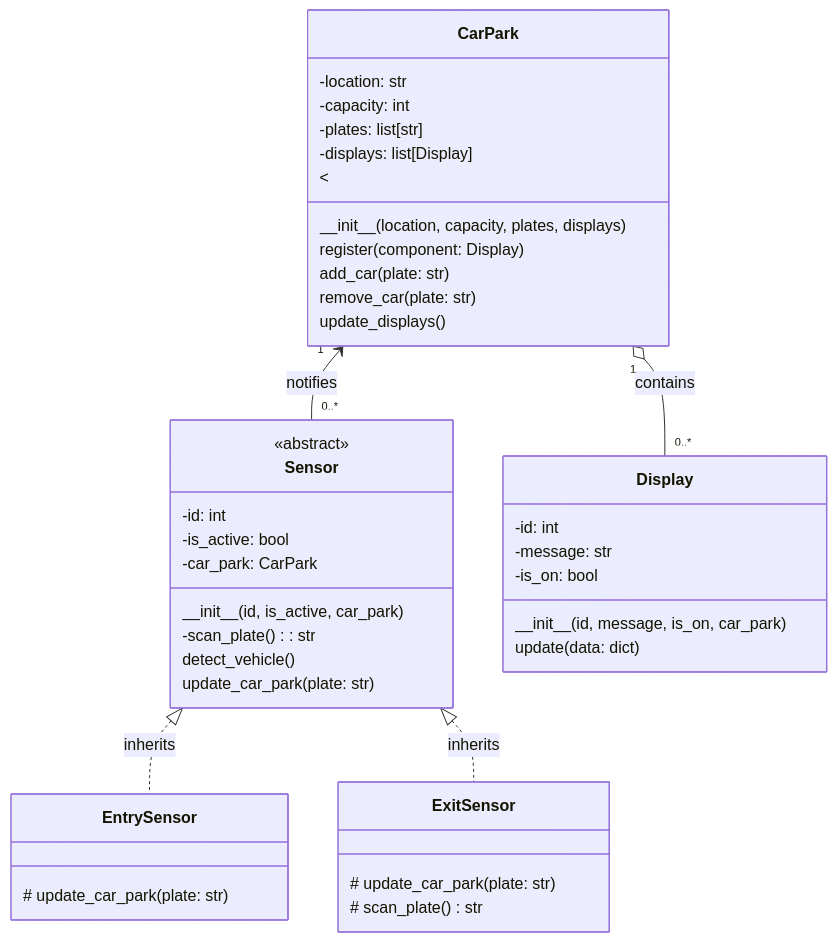
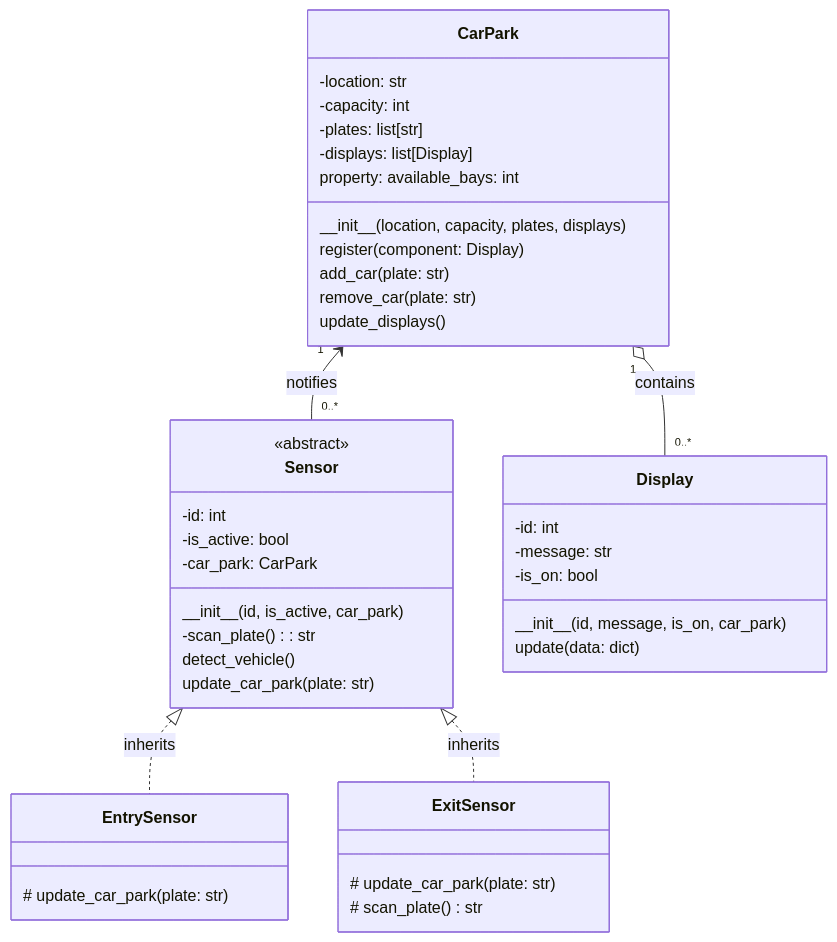
One commit to NM-TAFE/civ-ipriot-in-class-demos changed the fourth of 4 diagrams in assessments/prj/carpark-guide.md. Above: the diagram before and after it, drawn with Mermaid. The commit also changed other lines of this file and 1 other file, not shown here.

````diff
--- a/assessments/prj/carpark-guide.md
+++ b/assessments/prj/carpark-guide.md
@@ -599,53 +597,53 @@
 ```mermaid
 classDiagram
     class CarPark {
         -location: str
         -capacity: int
         -plates: list[str]
         -displays: list[Display]
         \_\_init__(location, capacity, plates, displays)
         register(component: Display)
         add_car(plate: str)
         remove_car(plate:  str)
         update_displays()
-        <<property: available_bays: int
+        property: available_bays: int
     }
 
 
     class Sensor {
         <<abstract>>
         -id: int
         -is_active: bool
         -car_park: CarPark
         \_\_init__(id, is_active, car_park)
         -scan_plate(): str 
         detect_vehicle()
         update_car_park(plate:  str)
     }
 
     class EntrySensor {
         # update_car_park(plate:  str)
 
     }
 
     class ExitSensor {
         
         # update_car_park(plate:  str)
         # scan_plate() str 
     }
 
     class Display {
         -id: int
         -message: str 
         -is_on: bool
         \_\_init__(id, message, is_on, car_park)
         update(data: dict)
     }
 
    
     CarPark "1" o-- "0..*" Display : contains
     CarPark "1" <-- "0..*" Sensor : notifies
     Sensor <|.. EntrySensor: inherits
     Sensor <|..  ExitSensor: inherits
 
 ```
````
